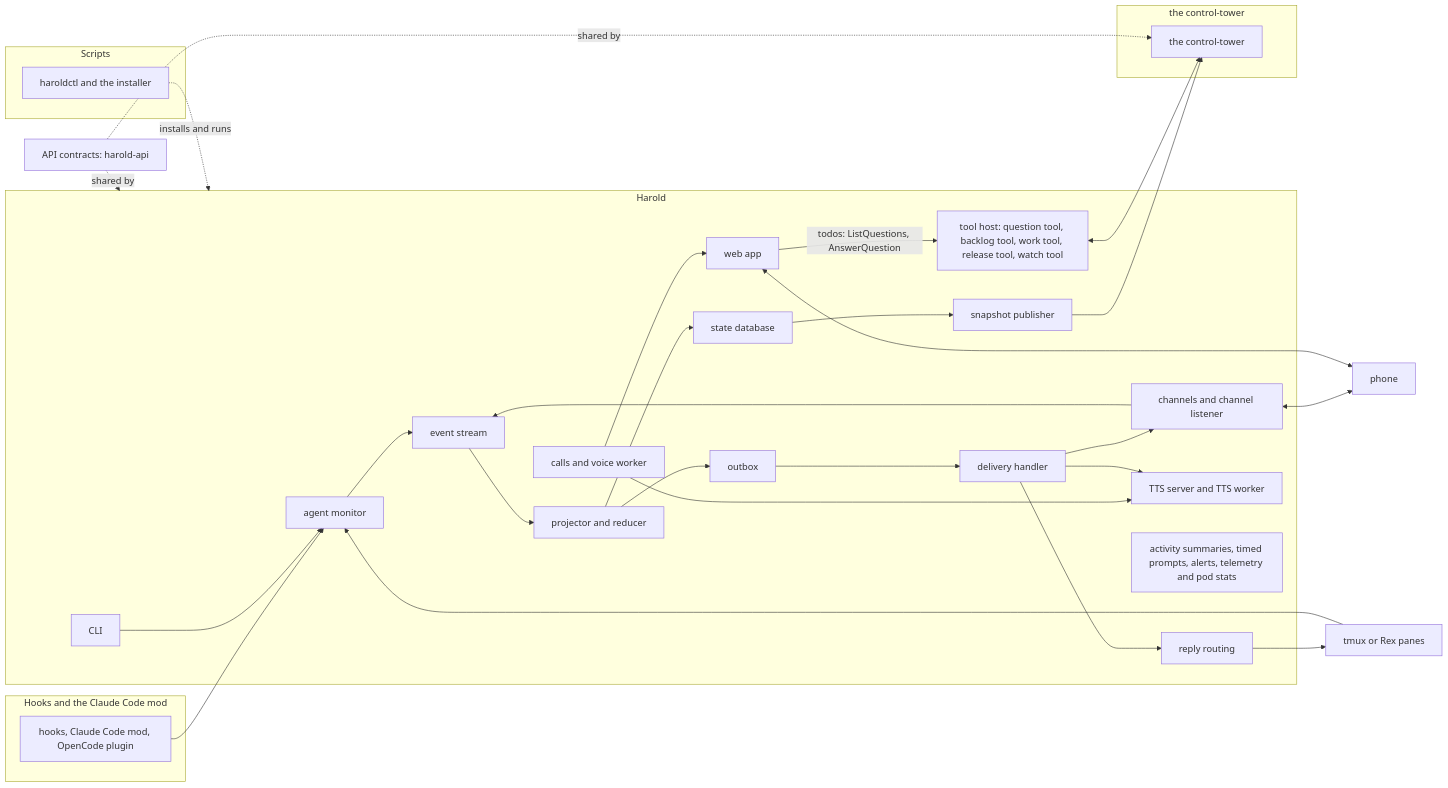
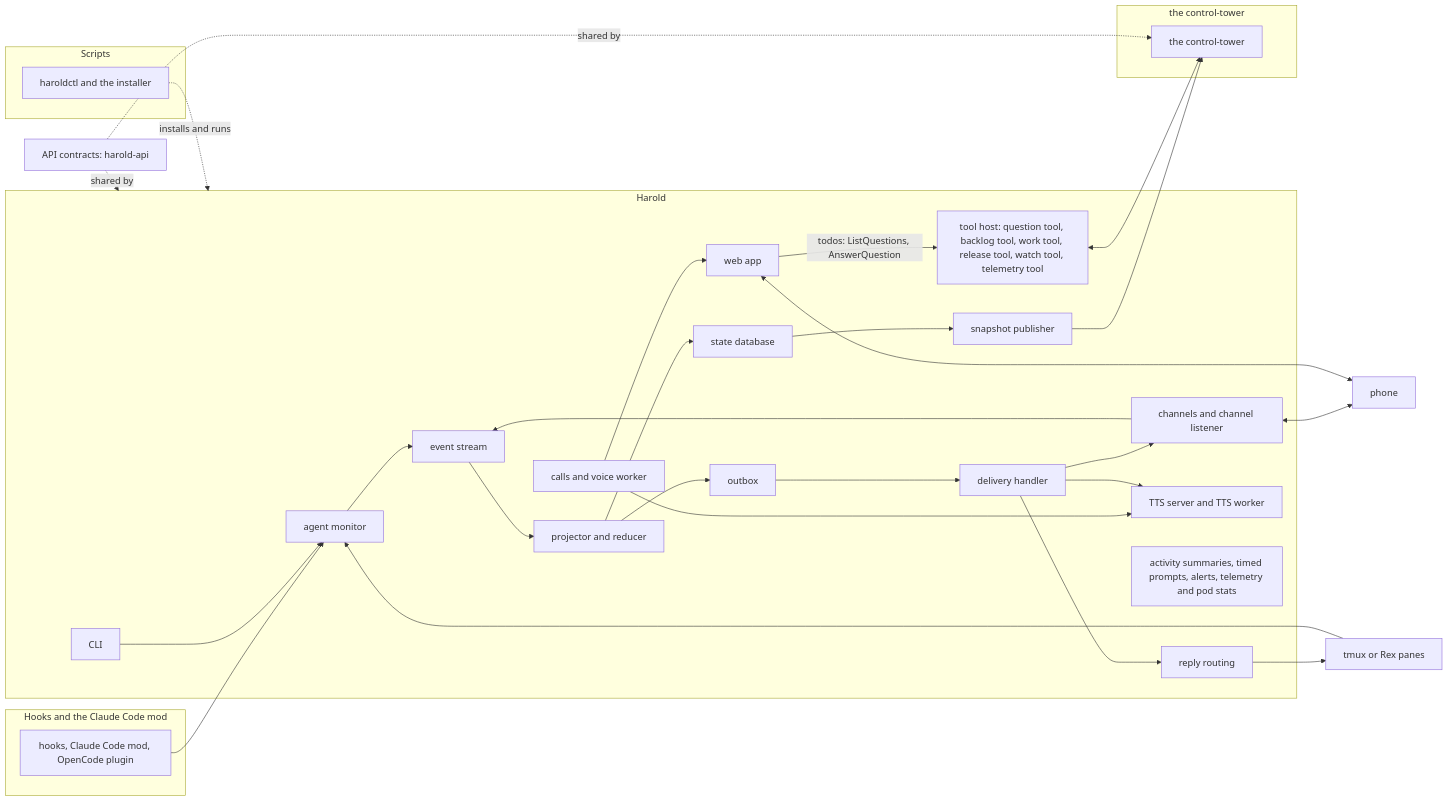
One commit to kahgeh/harold changed the first of 2 diagrams in docs/explanations/architecture.md. Above: the diagram before and after it, drawn with Mermaid. The commit also changed other lines of this file and 9 other files, not shown here.

Commit message:
docs: telemetry tool

````diff
--- a/docs/explanations/architecture.md
+++ b/docs/explanations/architecture.md
@@ -11,61 +11,61 @@
 ```mermaid
 flowchart LR
   subgraph hooksg["Hooks and the Claude Code mod"]
     hooks["hooks, Claude Code mod, OpenCode plugin"]
   end
 
   subgraph harold["Harold"]
     monitor["agent monitor"]
     stream["event stream"]
     projector["projector and reducer"]
     statedb["state database"]
     outbox["outbox"]
     handler["delivery handler"]
     channels["channels and channel listener"]
     routing["reply routing"]
     publisher["snapshot publisher"]
-    toolhost["tool host: question tool, backlog tool, work tool, release tool, watch tool"]
+    toolhost["tool host: question tool, backlog tool, work tool, release tool, watch tool, telemetry tool"]
     voice["calls and voice worker"]
     tts["TTS server and TTS worker"]
     webapp["web app"]
     extras["activity summaries, timed prompts, alerts, telemetry and pod stats"]
     cli["CLI"]
   end
 
   subgraph dashg["the control-tower"]
     dash["the control-tower"]
   end
 
   subgraph scriptsg["Scripts"]
     ctl["haroldctl and the installer"]
   end
 
   api["API contracts: harold-api"]
   phone["phone"]
   panes["tmux or Rex panes"]
 
   hooks --> monitor
   panes --> monitor
   monitor --> stream
   channels --> stream
   stream --> projector
   projector --> statedb
   projector --> outbox
   outbox --> handler
   handler --> channels
   handler --> routing
   routing --> panes
   channels <--> phone
   webapp <--> phone
   statedb --> publisher
   publisher --> dash
   toolhost <--> dash
   webapp -->|"todos: ListQuestions, AnswerQuestion"| toolhost
   voice --> webapp
   voice --> tts
   handler --> tts
   cli --> monitor
   ctl -. installs and runs .-> harold
   api -. shared by .-> harold
   api -. shared by .-> dash
 ```
````
